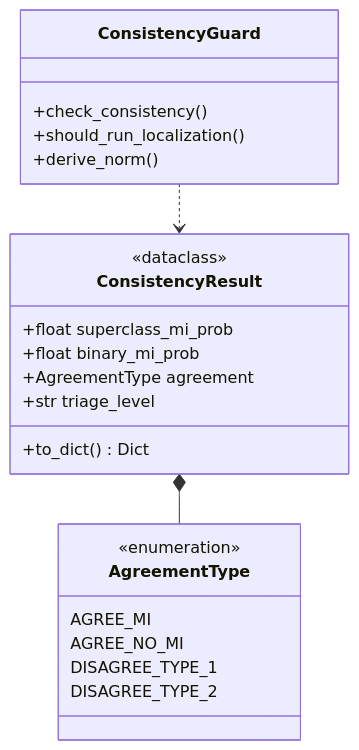
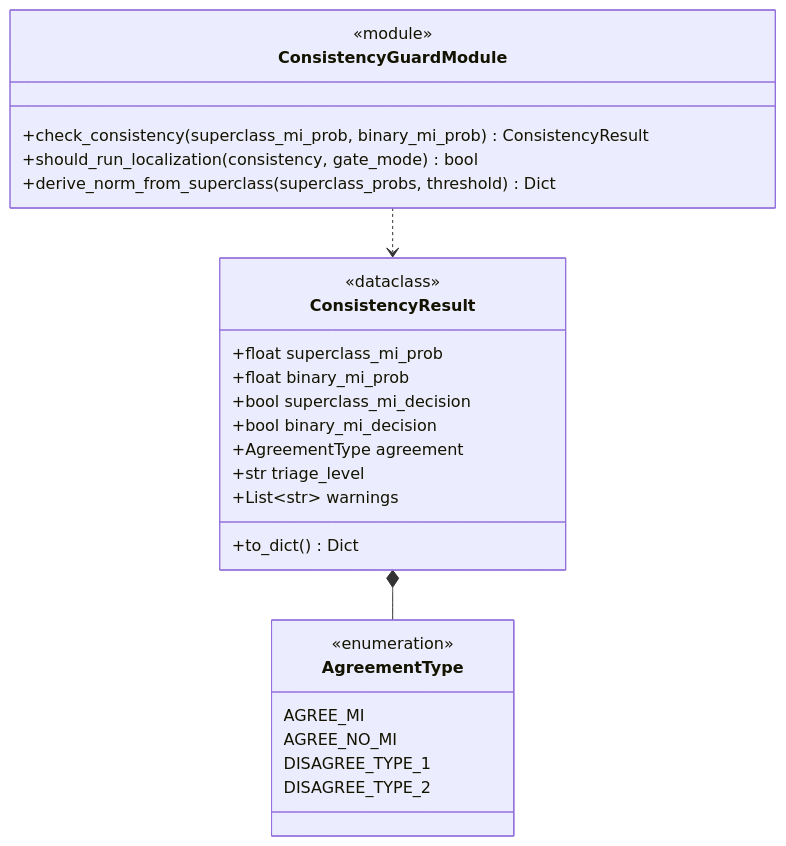
Before and after one commit to mUsaulug/CardioGuard-AI: the fourth of 7 diagrams in docs/diagrams/03_class_diagram.md, drawn with Mermaid. The commit also changed other lines of this file, not shown here.

````diff
--- a/docs/diagrams/03_class_diagram.md
+++ b/docs/diagrams/03_class_diagram.md
@@ -180,28 +255,32 @@
 ```mermaid
 classDiagram
     class AgreementType {
         <<enumeration>>
         AGREE_MI
         AGREE_NO_MI
         DISAGREE_TYPE_1
         DISAGREE_TYPE_2
     }
     
     class ConsistencyResult {
         <<dataclass>>
         +float superclass_mi_prob
         +float binary_mi_prob
+        +bool superclass_mi_decision
+        +bool binary_mi_decision
         +AgreementType agreement
         +str triage_level
+        +List~str~ warnings
         +to_dict() Dict
     }
     
-    class ConsistencyGuard {
-        +check_consistency()
-        +should_run_localization()
-        +derive_norm()
+    class ConsistencyGuardModule {
+        <<module>>
+        +check_consistency(superclass_mi_prob, binary_mi_prob) ConsistencyResult
+        +should_run_localization(consistency, gate_mode) bool
+        +derive_norm_from_superclass(superclass_probs, threshold) Dict
     }
     
     ConsistencyResult *-- AgreementType
-    ConsistencyGuard ..> ConsistencyResult
+    ConsistencyGuardModule ..> ConsistencyResult
 ```
````
